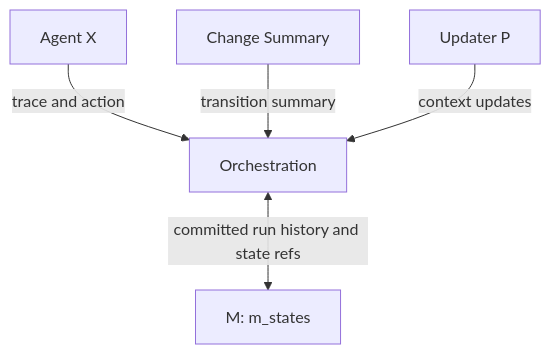
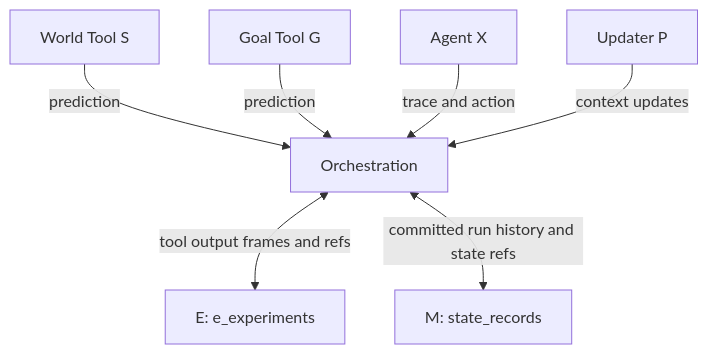
Before and after one commit to cocomette/artificial-agency: the second of 2 diagrams in doc/architecture/software/orchestration/diagrams.md, drawn with Mermaid. The commit also changed other lines of this file and 279 other files, not shown here.

````diff
--- a/doc/architecture/software/orchestration/diagrams.md
+++ b/doc/architecture/software/orchestration/diagrams.md
@@ -22,7 +24,9 @@
 ```mermaid
 flowchart TB
-    X["Agent X"] -->|trace and action| Orch["Orchestration"]
-    Change["Change Summary"] -->|transition summary| Orch
+    S["World Tool S"] -->|prediction| Orch["Orchestration"]
+    G["Goal Tool G"] -->|prediction| Orch
+    X["Agent X"] -->|trace and action| Orch
     P["Updater P"] -->|context updates| Orch
-    Orch <-->|committed run history and state refs| M["M: m_states"]
+    Orch <-->|tool output frames and refs| E["E: e_experiments"]
+    Orch <-->|committed run history and state refs| M["M: state_records"]
 ```
````
